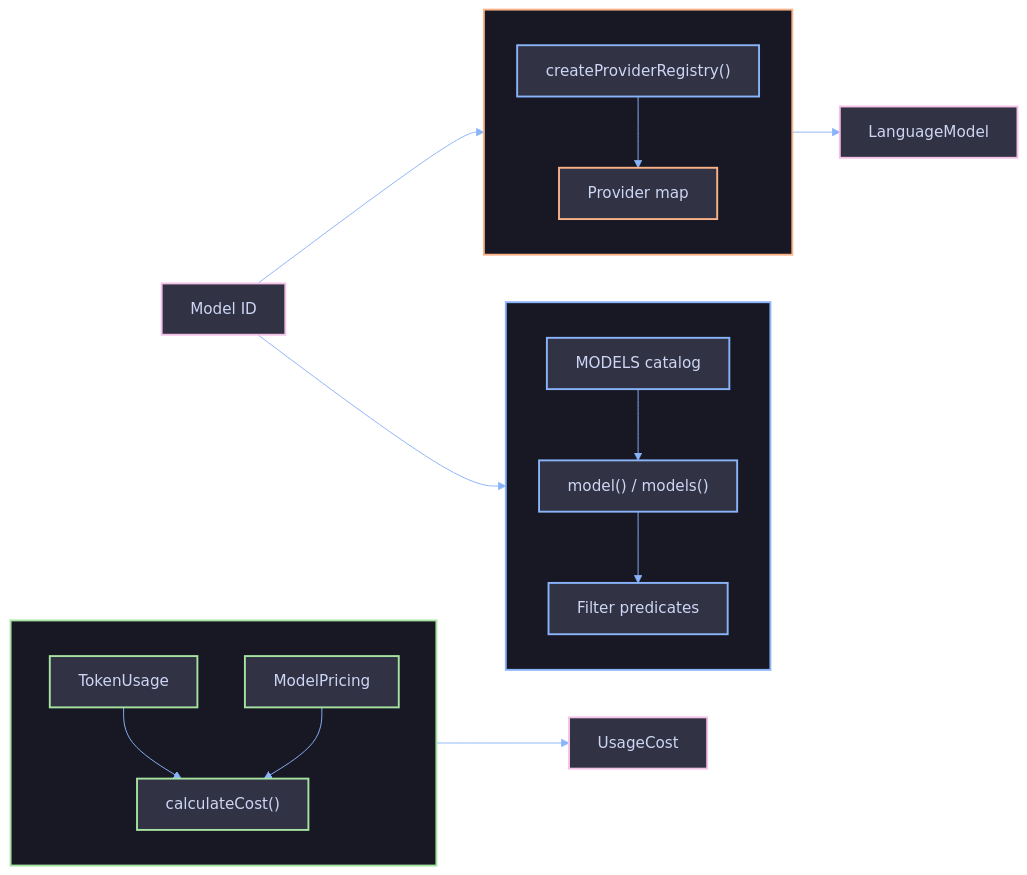
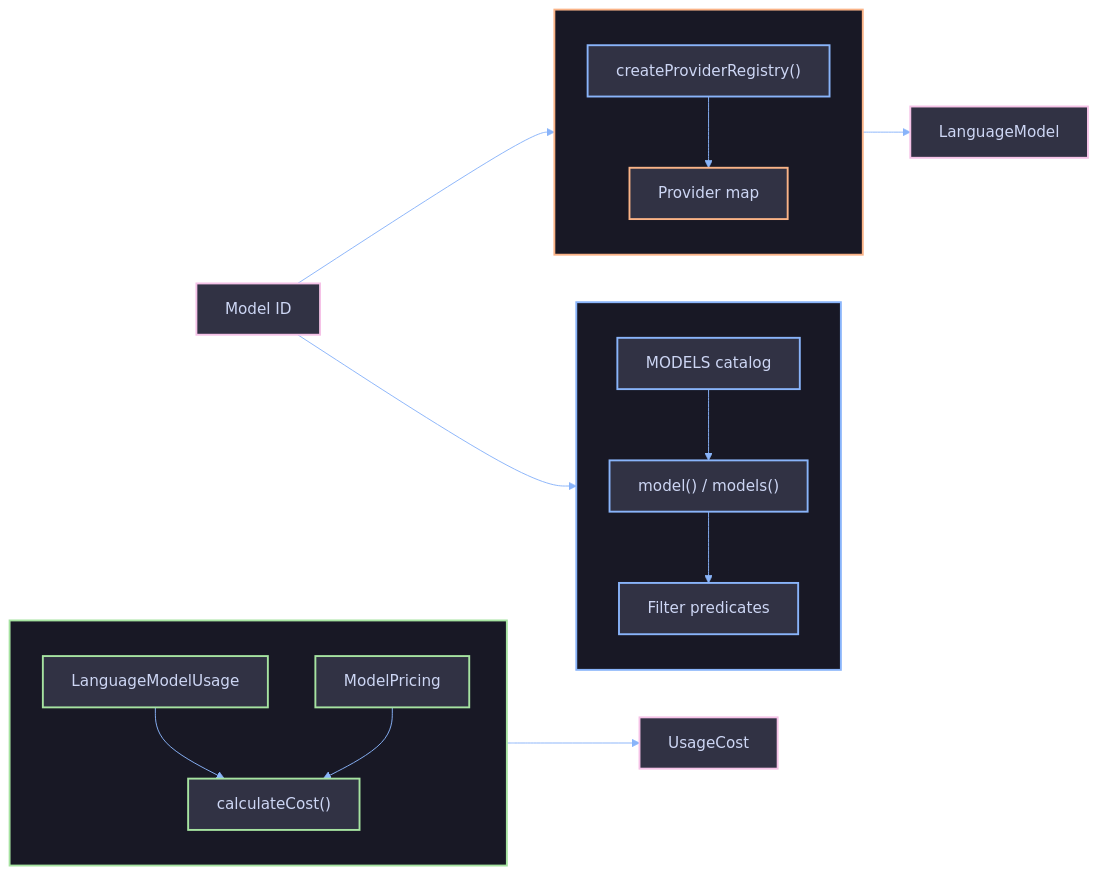
The diagram in packages/models/docs/overview.md (joggrdocs/funkai), drawn with Mermaid before and after one commit. The commit also changed 56 other files, not shown here.

````diff
--- a/packages/models/docs/overview.md
+++ b/packages/models/docs/overview.md
@@ -7,60 +7,60 @@
 ```mermaid
 %%{init: {
   'theme': 'base',
   'themeVariables': {
     'primaryColor': '#313244',
     'primaryTextColor': '#cdd6f4',
     'primaryBorderColor': '#6c7086',
     'lineColor': '#89b4fa',
     'secondaryColor': '#45475a',
     'tertiaryColor': '#1e1e2e',
     'background': '#1e1e2e',
     'mainBkg': '#313244',
     'clusterBkg': '#1e1e2e',
     'clusterBorder': '#45475a'
   },
   'flowchart': { 'curve': 'basis', 'padding': 15 }
 }}%%
 
 flowchart LR
   ModelId["Model ID"]:::external
 
   subgraph catalog [" "]
     direction TB
     MODELS["MODELS catalog"]:::core
     lookup["model() / models()"]:::core
     filter["Filter predicates"]:::core
   end
 
   subgraph resolver [" "]
     direction TB
     createRegistry["createProviderRegistry()"]:::core
     providers["Provider map"]:::gateway
   end
 
   subgraph cost [" "]
     direction TB
     calcCost["calculateCost()"]:::agent
-    usage["TokenUsage"]:::agent
+    usage["LanguageModelUsage"]:::agent
     pricing["ModelPricing"]:::agent
   end
 
   ModelId --> lookup
   MODELS --> lookup
   lookup --> filter
   ModelId --> createRegistry
   createRegistry --> providers
   providers --> LanguageModel["LanguageModel"]:::external
   usage --> calcCost
   pricing --> calcCost
   calcCost --> UsageCost["UsageCost"]:::external
 
   classDef external fill:#313244,stroke:#f5c2e7,stroke-width:2px,color:#cdd6f4
   classDef core fill:#313244,stroke:#89b4fa,stroke-width:2px,color:#cdd6f4
   classDef gateway fill:#313244,stroke:#fab387,stroke-width:2px,color:#cdd6f4
   classDef agent fill:#313244,stroke:#a6e3a1,stroke-width:2px,color:#cdd6f4
 
   style catalog fill:#181825,stroke:#89b4fa,stroke-width:2px
   style resolver fill:#181825,stroke:#fab387,stroke-width:2px
   style cost fill:#181825,stroke:#a6e3a1,stroke-width:2px
 ```
````
